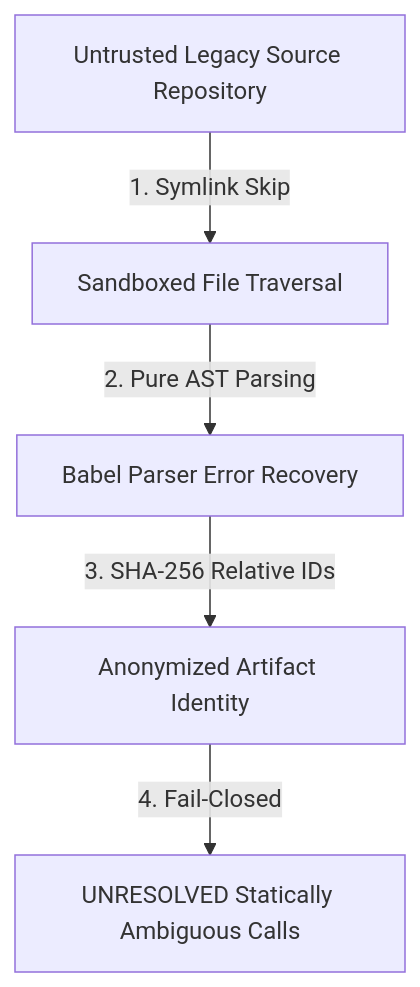
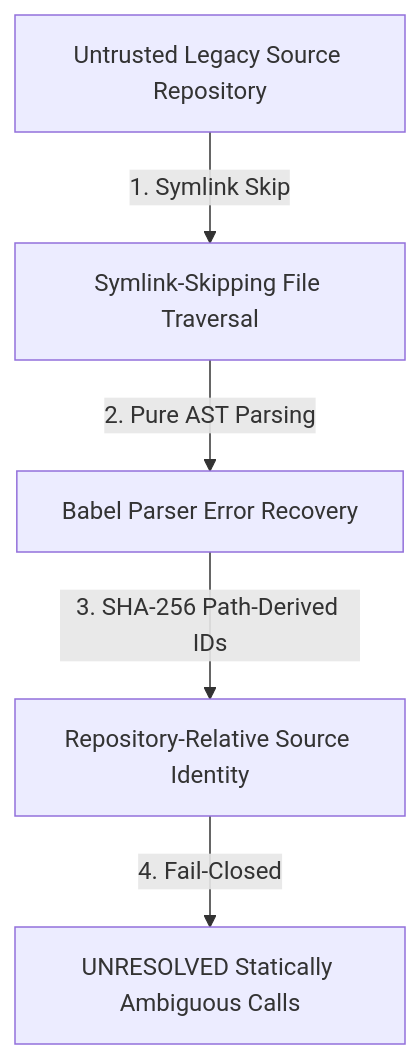
Before and after one commit to raitaskeen/LegacyExodus: the diagram in docs/security/security-principles.md, drawn with Mermaid. The commit also changed other lines of this file and 1 other file, not shown here.

Commit message:
docs(security): align containment guarantees with implementation

````diff
--- a/docs/security/security-principles.md
+++ b/docs/security/security-principles.md
@@ -9,7 +9,7 @@
 ```mermaid
 flowchart TD
-    A[Untrusted Legacy Source Repository] -->|1. Symlink Skip| B[Sandboxed File Traversal]
+    A[Untrusted Legacy Source Repository] -->|1. Symlink Skip| B[Symlink-Skipping File Traversal]
     B -->|2. Pure AST Parsing| C[Babel Parser Error Recovery]
-    C -->|3. SHA-256 Relative IDs| D[Anonymized Artifact Identity]
+    C -->|3. SHA-256 Path-Derived IDs| D[Repository-Relative Source Identity]
     D -->|4. Fail-Closed| E[UNRESOLVED Statically Ambiguous Calls]
 ```
````
